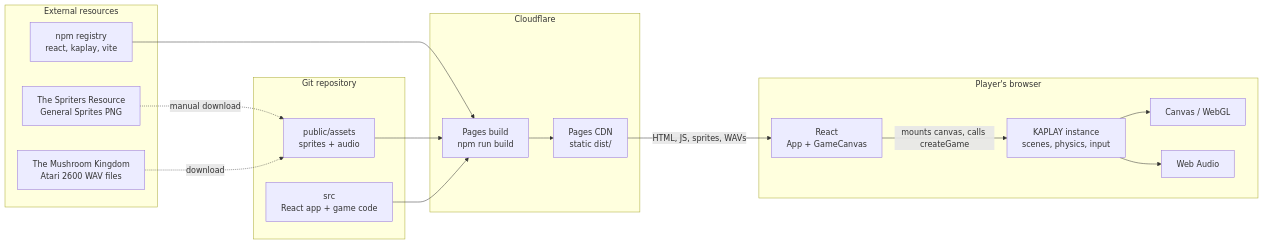
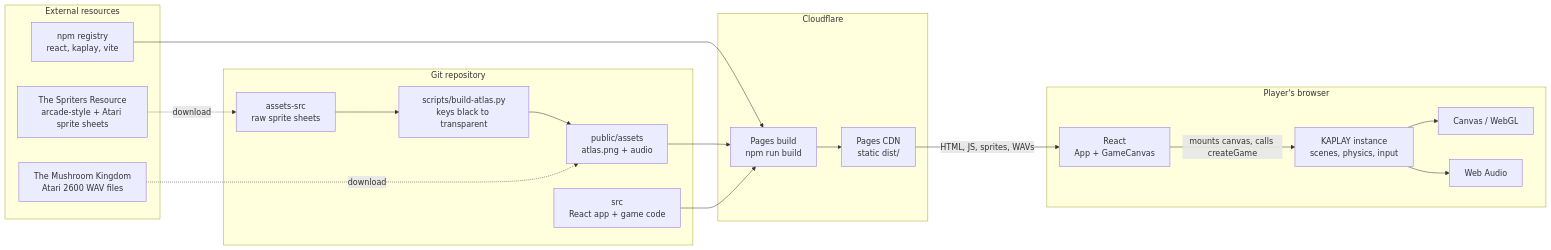
The first of 2 diagrams in README.md (StephanieF/DonkeyKong), drawn with Mermaid before and after one commit. The commit also changed other lines of this file and 18 other files, not shown here.

````diff
--- a/README.md
+++ b/README.md
@@ -29,36 +33,40 @@
 ```mermaid
 graph LR
   subgraph External["External resources"]
-    SR["The Spriters Resource<br/>General Sprites PNG"]
+    SR["The Spriters Resource<br/>arcade-style + Atari sprite sheets"]
     TMK["The Mushroom Kingdom<br/>Atari 2600 WAV files"]
     NPM["npm registry<br/>react, kaplay, vite"]
   end
 
   subgraph Repo["Git repository"]
-    ASSETS["public/assets<br/>sprites + audio"]
+    RAW["assets-src<br/>raw sprite sheets"]
+    KEY["scripts/build-atlas.py<br/>keys black to transparent"]
+    ASSETS["public/assets<br/>atlas.png + audio"]
     SRC["src<br/>React app + game code"]
   end
 
   subgraph CF["Cloudflare"]
     BUILD["Pages build<br/>npm run build"]
     CDN["Pages CDN<br/>static dist/"]
   end
 
   subgraph Browser["Player's browser"]
     REACT["React<br/>App + GameCanvas"]
     KAPLAY["KAPLAY instance<br/>scenes, physics, input"]
     CANVAS["Canvas / WebGL"]
     WA["Web Audio"]
   end
 
-  SR -. "manual download" .-> ASSETS
+  SR -. "download" .-> RAW
+  RAW --> KEY
+  KEY --> ASSETS
   TMK -. "download" .-> ASSETS
   NPM --> BUILD
   ASSETS --> BUILD
   SRC --> BUILD
   BUILD --> CDN
   CDN -->|"HTML, JS, sprites, WAVs"| REACT
   REACT -->|"mounts canvas, calls createGame"| KAPLAY
   KAPLAY --> CANVAS
   KAPLAY --> WA
 ```
````
